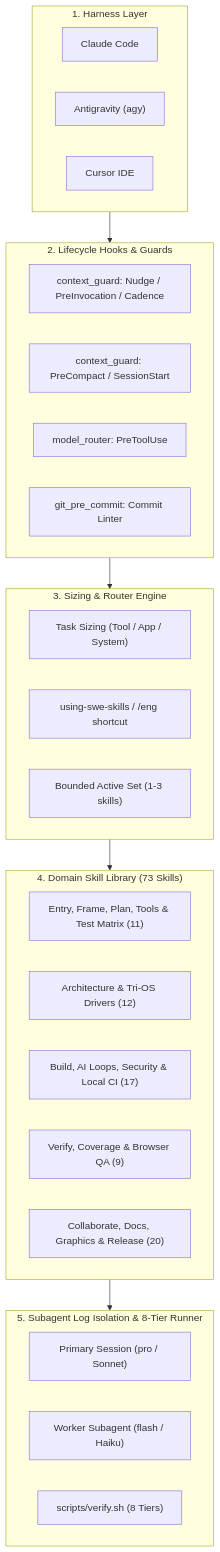
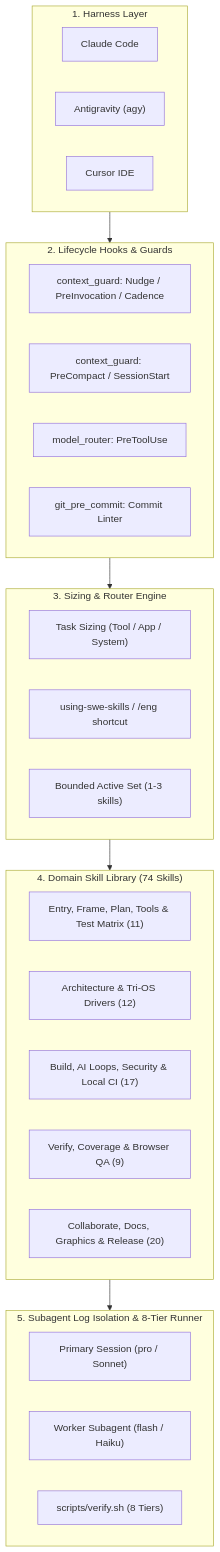
Before and after one commit to bsommers/swe-skills-2: the diagram in docs/architecture.md, drawn with Mermaid. The commit also changed 17 other files, not shown here.

Commit message:
feat(skills): add hunting-cross-pipeline-desync skill (#10)

````diff
--- a/docs/architecture.md
+++ b/docs/architecture.md
@@ -15,40 +15,40 @@
 ```mermaid
 flowchart TD
     subgraph HarnessLayer["1. Harness Layer"]
         Claude["Claude Code"]
         Agy["Antigravity (agy)"]
         Cursor["Cursor IDE"]
     end
 
     subgraph HookLayer["2. Lifecycle Hooks & Guards"]
         Nudge["context_guard: Nudge / PreInvocation / Cadence"]
         CompGuard["context_guard: PreCompact / SessionStart"]
         RouterGuard["model_router: PreToolUse"]
         GitGuard["git_pre_commit: Commit Linter"]
     end
 
     subgraph RoutingLayer["3. Sizing & Router Engine"]
         Sizer["Task Sizing (Tool / App / System)"]
         Router["using-swe-skills / /eng shortcut"]
         ActiveSet["Bounded Active Set (1-3 skills)"]
     end
 
-    subgraph SkillTaxonomy["4. Domain Skill Library (73 Skills)"]
+    subgraph SkillTaxonomy["4. Domain Skill Library (74 Skills)"]
         FramePlan["Entry, Frame, Plan, Tools & Test Matrix (11)"]
         ArchDomain["Architecture & Tri-OS Drivers (12)"]
         BuildDomain["Build, AI Loops, Security & Local CI (17)"]
         VerifyDomain["Verify, Coverage & Browser QA (9)"]
         CollabDomain["Collaborate, Docs, Graphics & Release (20)"]
     end
 
     subgraph IsolationLayer["5. Subagent Log Isolation & 8-Tier Runner"]
         Primary["Primary Session (pro / Sonnet)"]
         Worker["Worker Subagent (flash / Haiku)"]
         VerifySh["scripts/verify.sh (8 Tiers)"]
     end
 
     HarnessLayer --> HookLayer
     HookLayer --> RoutingLayer
     RoutingLayer --> SkillTaxonomy
     SkillTaxonomy --> IsolationLayer
 ```
````
